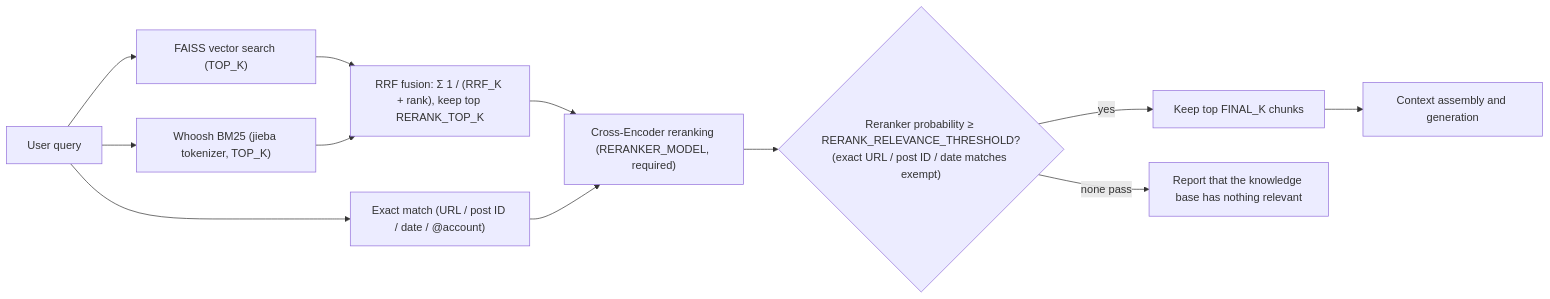
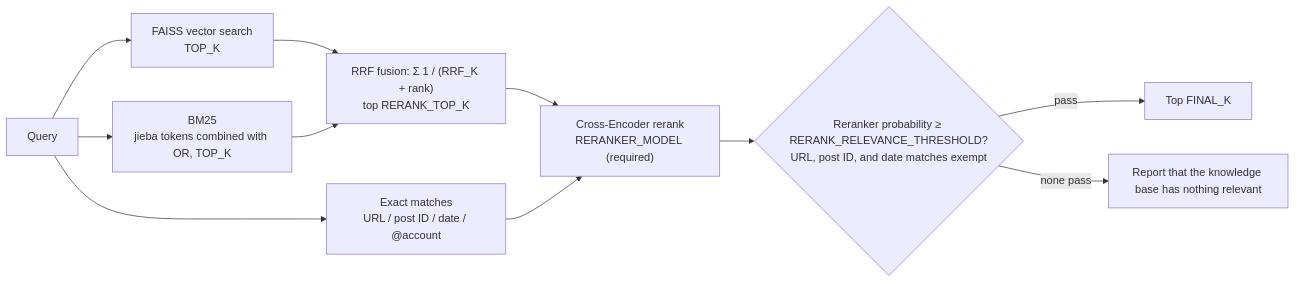
One commit to Scorpio-meow/AskMiao changed the fifth of 9 diagrams in docs/architecture_en.md. Above: the diagram before and after it, drawn with Mermaid. The commit also changed other lines of this file and 32 other files, not shown here.

````diff
--- a/docs/architecture_en.md
+++ b/docs/architecture_en.md
@@ -87,16 +306,13 @@
 ```mermaid
 flowchart LR
-    Query["User query"] --> FAISS["FAISS vector search (TOP_K)"]
-    Query --> BM25["Whoosh BM25 (jieba tokenizer, TOP_K)"]
-    Query --> Exact["Exact match (URL / post ID / date / @account)"]
-
-    FAISS --> Merge["RRF fusion: Σ 1 / (RRF_K + rank), keep top RERANK_TOP_K"]
-    BM25 --> Merge
-
-    Merge --> Reranker["Cross-Encoder reranking (RERANKER_MODEL, required)"]
-    Exact --> Reranker
-    Reranker --> Threshold{"Reranker probability ≥ RERANK_RELEVANCE_THRESHOLD?<br/>(exact URL / post ID / date matches exempt)"}
-    Threshold -->|yes| TopK["Keep top FINAL_K chunks"]
-    Threshold -->|none pass| NoData["Report that the knowledge base has nothing relevant"]
-    TopK --> LLM["Context assembly and generation"]
+    Query["Query"] --> FAISS["FAISS vector search<br/>TOP_K"]
+    Query --> BM25["BM25<br/>jieba tokens combined with OR, TOP_K"]
+    Query --> Exact["Exact matches<br/>URL / post ID / date / @account"]
+    FAISS --> RRF["RRF fusion: Σ 1 / (RRF_K + rank)<br/>top RERANK_TOP_K"]
+    BM25 --> RRF
+    RRF --> Rerank["Cross-Encoder rerank<br/>RERANKER_MODEL (required)"]
+    Exact --> Rerank
+    Rerank --> Gate{"Reranker probability ≥ RERANK_RELEVANCE_THRESHOLD?<br/>URL, post ID, and date matches exempt"}
+    Gate -->|pass| Top["Top FINAL_K"]
+    Gate -->|none pass| None["Report that the knowledge base has nothing relevant"]
 ```
````
